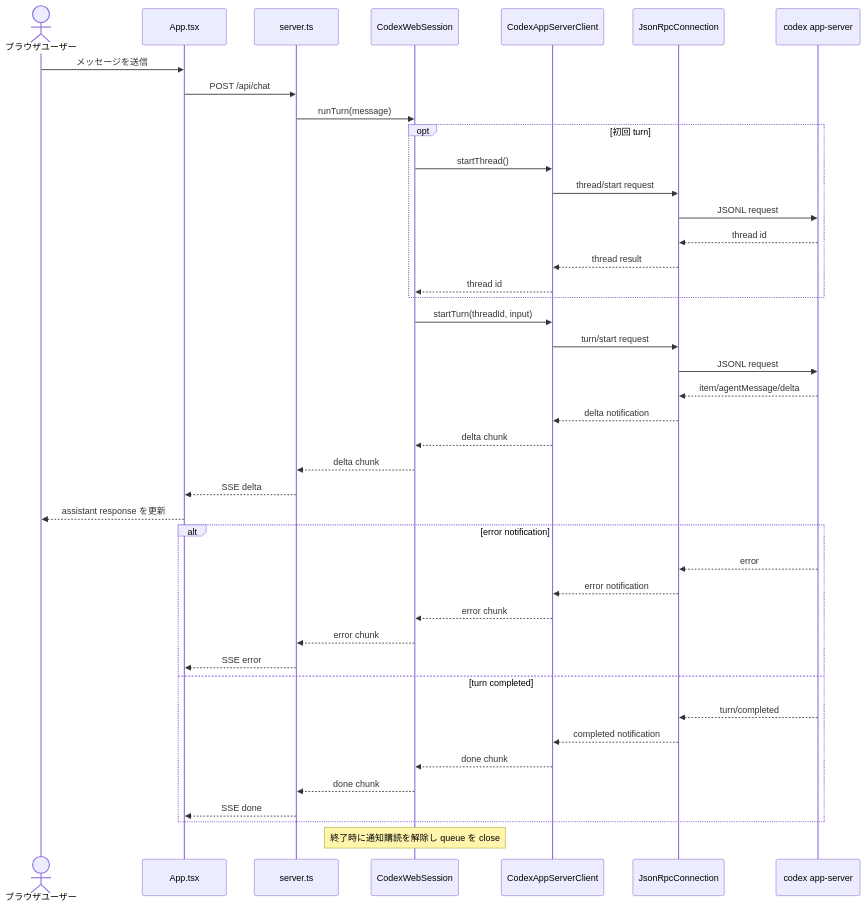
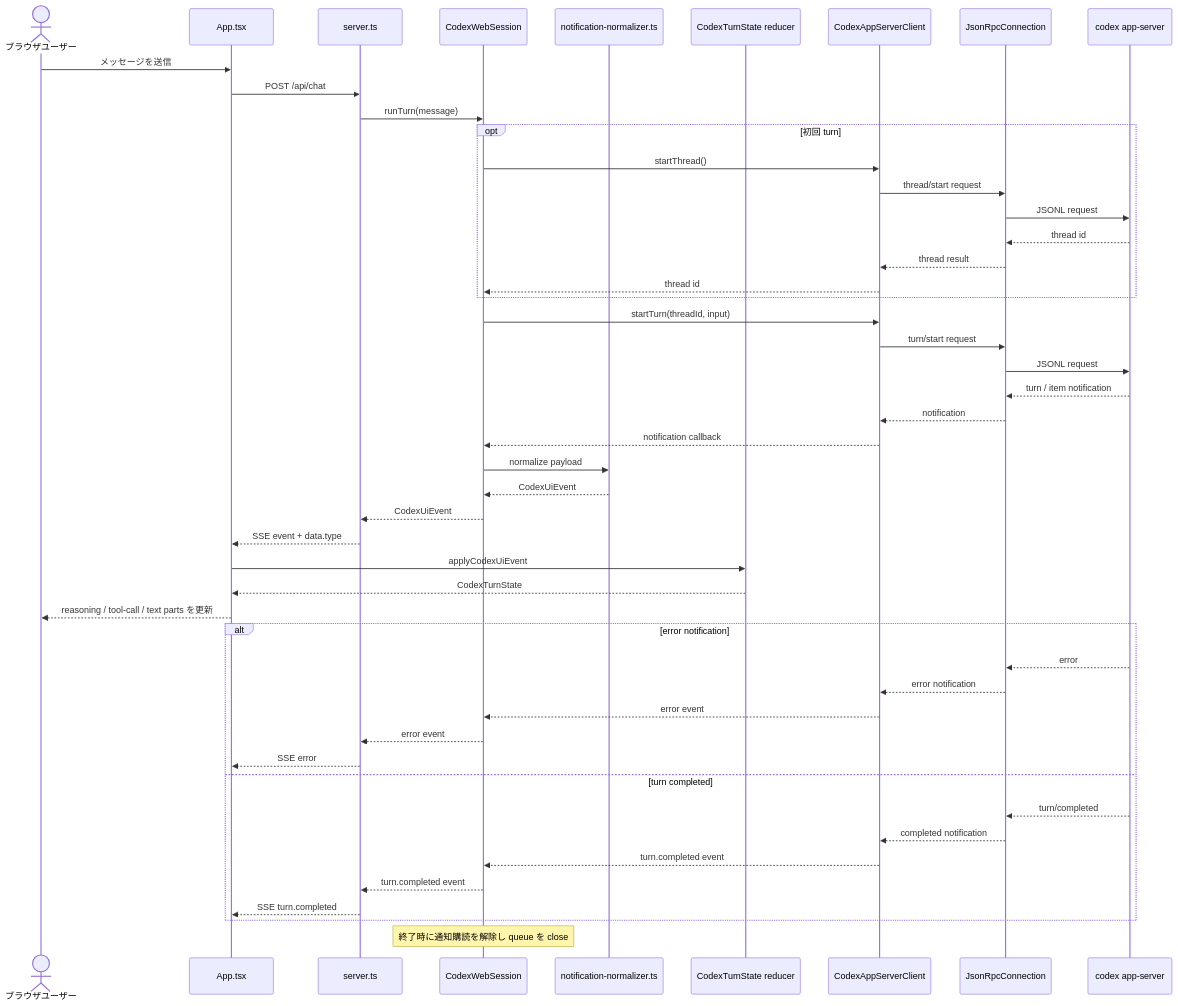
One commit to bebebebebebebebebebebebebebebe/simple-codex-client changed the third of 3 diagrams in README.md. Above: the diagram before and after it, drawn with Mermaid. The commit also changed other lines of this file, not shown here.

Commit message:
feat: Update README for improved clarity on Codex notification handling and Web UI interactions

````diff
--- a/README.md
+++ b/README.md
@@ -92,45 +103,51 @@
 ```mermaid
 sequenceDiagram
     actor User as ブラウザユーザー
     participant App as App.tsx
     participant Server as server.ts
     participant Session as CodexWebSession
+    participant Normalizer as notification-normalizer.ts
+    participant Reducer as CodexTurnState reducer
     participant Client as CodexAppServerClient
     participant Conn as JsonRpcConnection
     participant Codex as codex app-server
 
     User->>App: メッセージを送信
     App->>Server: POST /api/chat
     Server->>Session: runTurn(message)
     opt 初回 turn
         Session->>Client: startThread()
         Client->>Conn: thread/start request
         Conn->>Codex: JSONL request
         Codex-->>Conn: thread id
         Conn-->>Client: thread result
         Client-->>Session: thread id
     end
     Session->>Client: startTurn(threadId, input)
     Client->>Conn: turn/start request
     Conn->>Codex: JSONL request
-    Codex-->>Conn: item/agentMessage/delta
-    Conn-->>Client: delta notification
-    Client-->>Session: delta chunk
-    Session-->>Server: delta chunk
-    Server-->>App: SSE delta
-    App-->>User: assistant response を更新
+    Codex-->>Conn: turn / item notification
+    Conn-->>Client: notification
+    Client-->>Session: notification callback
+    Session->>Normalizer: normalize payload
+    Normalizer-->>Session: CodexUiEvent
+    Session-->>Server: CodexUiEvent
+    Server-->>App: SSE event + data.type
+    App->>Reducer: applyCodexUiEvent
+    Reducer-->>App: CodexTurnState
+    App-->>User: reasoning / tool-call / text parts を更新
     alt error notification
         Codex-->>Conn: error
         Conn-->>Client: error notification
-        Client-->>Session: error chunk
-        Session-->>Server: error chunk
+        Client-->>Session: error event
+        Session-->>Server: error event
         Server-->>App: SSE error
     else turn completed
         Codex-->>Conn: turn/completed
         Conn-->>Client: completed notification
-        Client-->>Session: done chunk
-        Session-->>Server: done chunk
-        Server-->>App: SSE done
+        Client-->>Session: turn.completed event
+        Session-->>Server: turn.completed event
+        Server-->>App: SSE turn.completed
     end
     Note over Session: 終了時に通知購読を解除し queue を close
 ```
````
